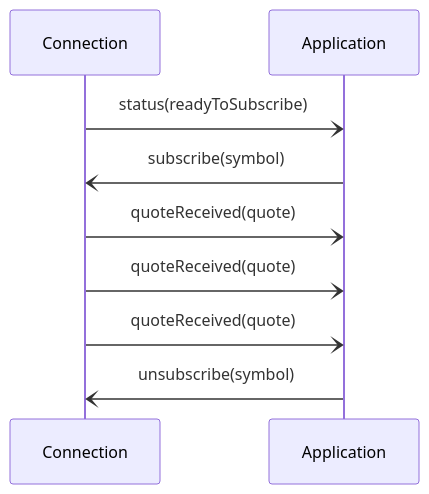
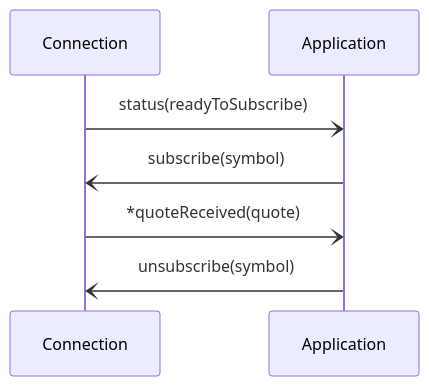
One commit to nikolaygekht/DXFeed.Net changed the fifth of 6 diagrams in Doc/Details/connection.md. Above: the diagram before and after it, drawn with Mermaid. The commit also changed other lines of this file and 27 other files, not shown here.

````diff
--- a/Doc/Details/connection.md
+++ b/Doc/Details/connection.md
@@ -91,10 +101,8 @@
 ```mermaid
 sequenceDiagram
   Connection -) Application : status(readyToSubscribe)
   Application -) Connection : subscribe(symbol)
-  Connection -) Application : quoteReceived(quote)
-  Connection -) Application : quoteReceived(quote)
-  Connection -) Application : quoteReceived(quote)
+  Connection -) Application : *quoteReceived(quote)
   Application -) Connection : unsubscribe(symbol)
 
 ```
````
